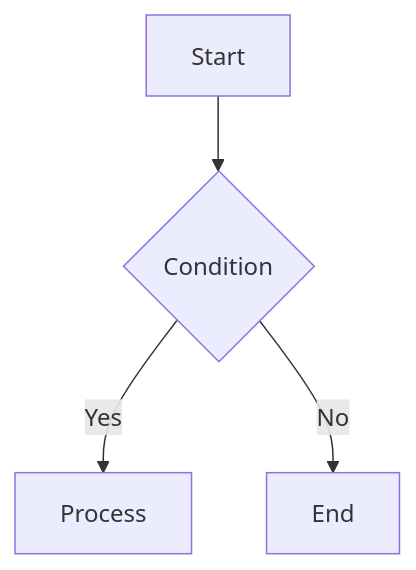
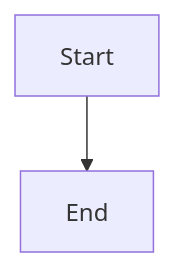
The diagram in .trae/skills/knowledge-librarian/templates/concept_module.md (vincentline/MeeWoo.me), drawn with Mermaid before and after one commit. The commit also changed other lines of this file and 67 other files, not shown here.

````diff
--- a/.trae/skills/knowledge-librarian/templates/concept_module.md
+++ b/.trae/skills/knowledge-librarian/templates/concept_module.md
@@ -22,6 +56,4 @@
 ```mermaid
 graph TD
-    A[Start] --> B{Condition}
-    B -- Yes --> C[Process]
-    B -- No --> D[End]
+    A[Start] --> B[End]
 ```
````
